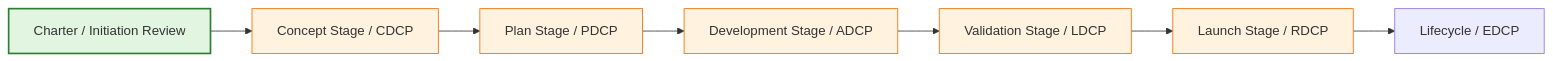
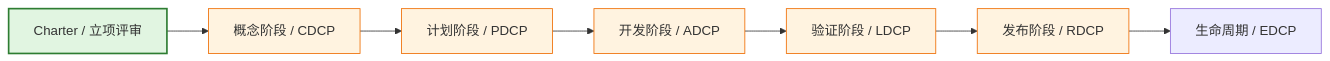
Before and after one commit to Kirky-X/cangjie: the fifth of 11 diagrams in templates/Product/Strategy/Template-Project-Charter.md, drawn with Mermaid. The commit also changed other lines of this file and 33 other files, not shown here.

````diff
--- a/templates/Product/Strategy/Template-Project-Charter.md
+++ b/templates/Product/Strategy/Template-Project-Charter.md
@@ -245,16 +245,16 @@
 ```mermaid
 flowchart LR
-    A[Charter / Initiation Review] --> B[Concept Stage / CDCP]
-    B --> C[Plan Stage / PDCP]
-    C --> D[Development Stage / ADCP]
-    D --> E[Validation Stage / LDCP]
-    E --> F[Launch Stage / RDCP]
-    F --> G[Lifecycle / EDCP]
+    A[Charter / 立项评审] --> B[概念阶段 / CDCP]
+    B --> C[计划阶段 / PDCP]
+    C --> D[开发阶段 / ADCP]
+    D --> E[验证阶段 / LDCP]
+    E --> F[发布阶段 / RDCP]
+    F --> G[生命周期 / EDCP]
 
     style A fill:#e1f5e1,stroke:#2e7d32,stroke-width:2px
     style B fill:#fff3e0,stroke:#ef6c00
     style C fill:#fff3e0,stroke:#ef6c00
     style D fill:#fff3e0,stroke:#ef6c00
     style E fill:#fff3e0,stroke:#ef6c00
     style F fill:#fff3e0,stroke:#ef6c00
 ```
````
